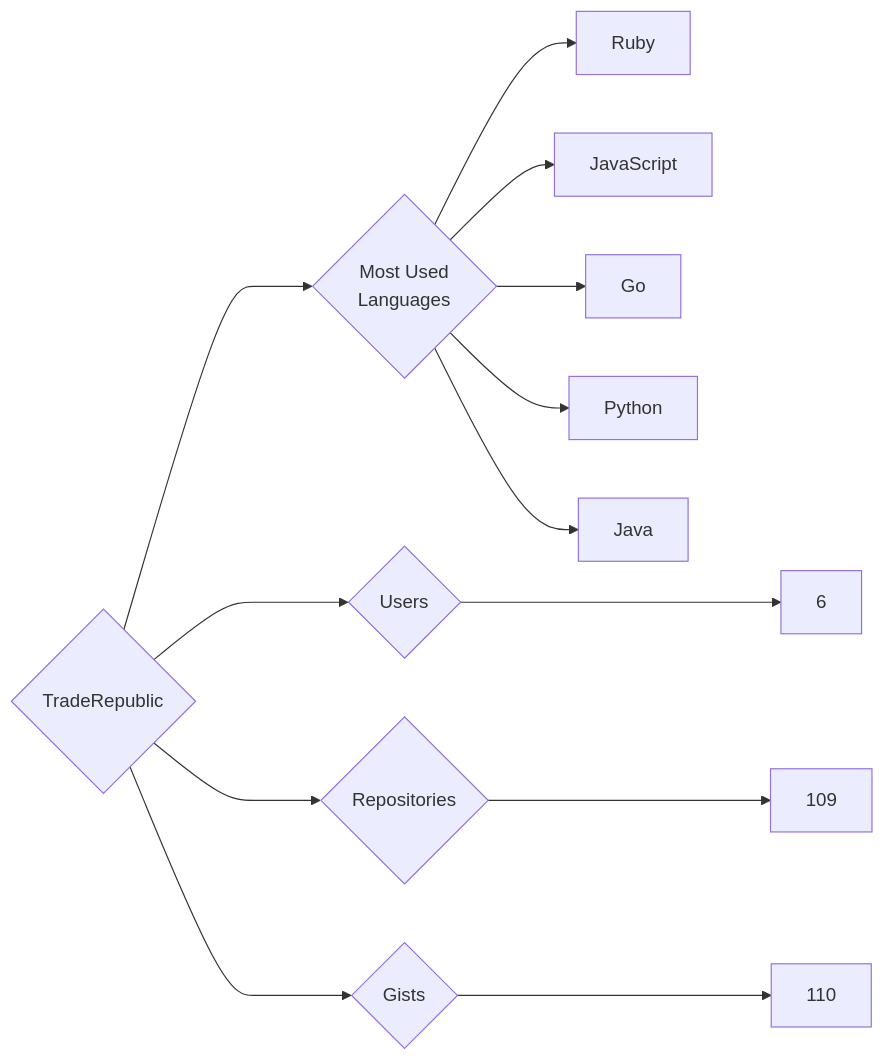
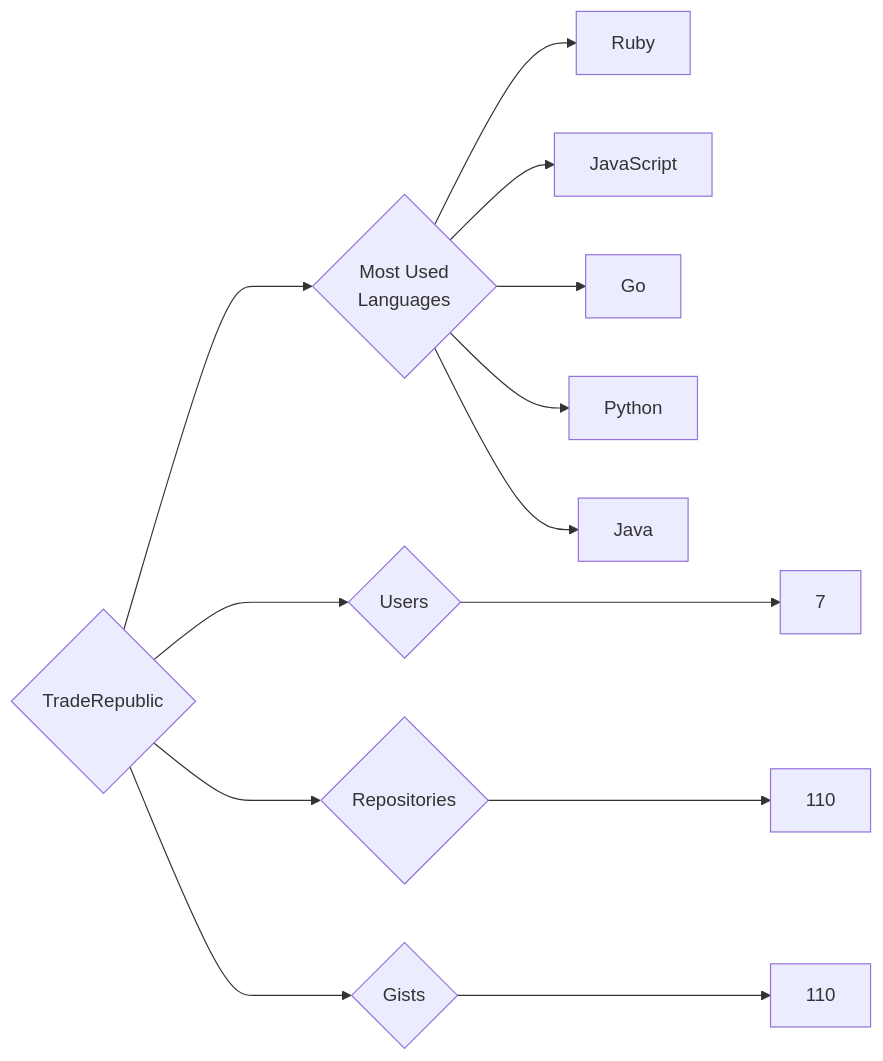
The diagram in targets/TradeRepublic/README.md (trickest/insiders), drawn with Mermaid before and after one commit. The commit also changed 794 other files, not shown here.

````diff
--- a/targets/TradeRepublic/README.md
+++ b/targets/TradeRepublic/README.md
@@ -3,13 +3,13 @@
 ```mermaid
 graph LR
 COMPANY_NAME{TradeRepublic}
-COMPANY_NAME ---> U{Users} ---> UN[6]
-COMPANY_NAME ---> R{Repositories} ---> RN[109]
+COMPANY_NAME ---> U{Users} ---> UN[7]
+COMPANY_NAME ---> R{Repositories} ---> RN[110]
 COMPANY_NAME ---> G{Gists} ---> GN[110]
 COMPANY_NAME ---> ML{Most Used<br>Languages}
 ML --> Ruby[Ruby]
 ML --> JavaScript[JavaScript]
 ML --> Go[Go]
 ML --> Python[Python]
 ML --> Java[Java]
 ```
````
